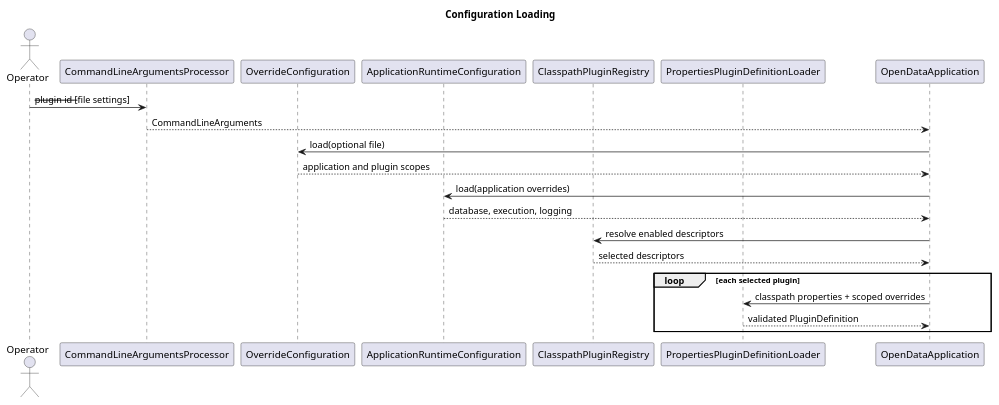
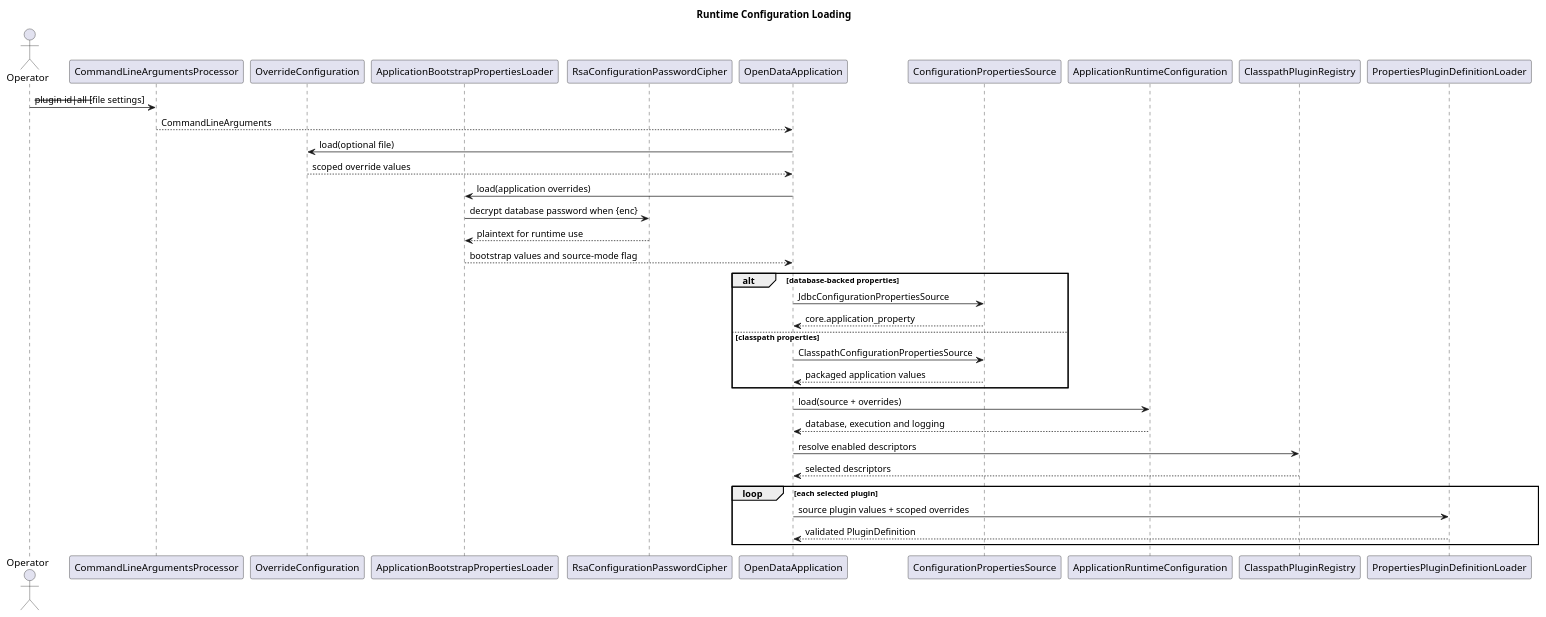
One commit to TerryCurranZellis/OpenData changed the diagram in docs/diagrams/source/configuration-loading-sequence.puml. Above: the diagram before and after it, drawn with PlantUML. The commit also changed 31 other files, not shown here.

```diff
--- a/docs/diagrams/source/configuration-loading-sequence.puml
+++ b/docs/diagrams/source/configuration-loading-sequence.puml
@@ -1,23 +1,37 @@
 @startuml
-title Configuration Loading
+title Runtime Configuration Loading
 actor Operator
 participant CommandLineArgumentsProcessor as CLI
 participant OverrideConfiguration as Override
+participant ApplicationBootstrapPropertiesLoader as Bootstrap
+participant RsaConfigurationPasswordCipher as Cipher
+participant OpenDataApplication as Application
+participant ConfigurationPropertiesSource as Source
 participant ApplicationRuntimeConfiguration as Runtime
 participant ClasspathPluginRegistry as Registry
 participant PropertiesPluginDefinitionLoader as Loader
-participant OpenDataApplication as Application
 
-Operator -> CLI : --plugin id [--file settings]
+Operator -> CLI : --plugin id|all [--file settings]
 CLI --> Application : CommandLineArguments
 Application -> Override : load(optional file)
-Override --> Application : application and plugin scopes
-Application -> Runtime : load(application overrides)
-Runtime --> Application : database, execution, logging
+Override --> Application : scoped override values
+Application -> Bootstrap : load(application overrides)
+Bootstrap -> Cipher : decrypt database password when {enc}
+Cipher --> Bootstrap : plaintext for runtime use
+Bootstrap --> Application : bootstrap values and source-mode flag
+alt database-backed properties
+  Application -> Source : JdbcConfigurationPropertiesSource
+  Source --> Application : core.application_property
+else classpath properties
+  Application -> Source : ClasspathConfigurationPropertiesSource
+  Source --> Application : packaged application values
+end
+Application -> Runtime : load(source + overrides)
+Runtime --> Application : database, execution and logging
 Application -> Registry : resolve enabled descriptors
 Registry --> Application : selected descriptors
 loop each selected plugin
-  Application -> Loader : classpath properties + scoped overrides
+  Application -> Loader : source plugin values + scoped overrides
   Loader --> Application : validated PluginDefinition
 end
 @enduml
```
